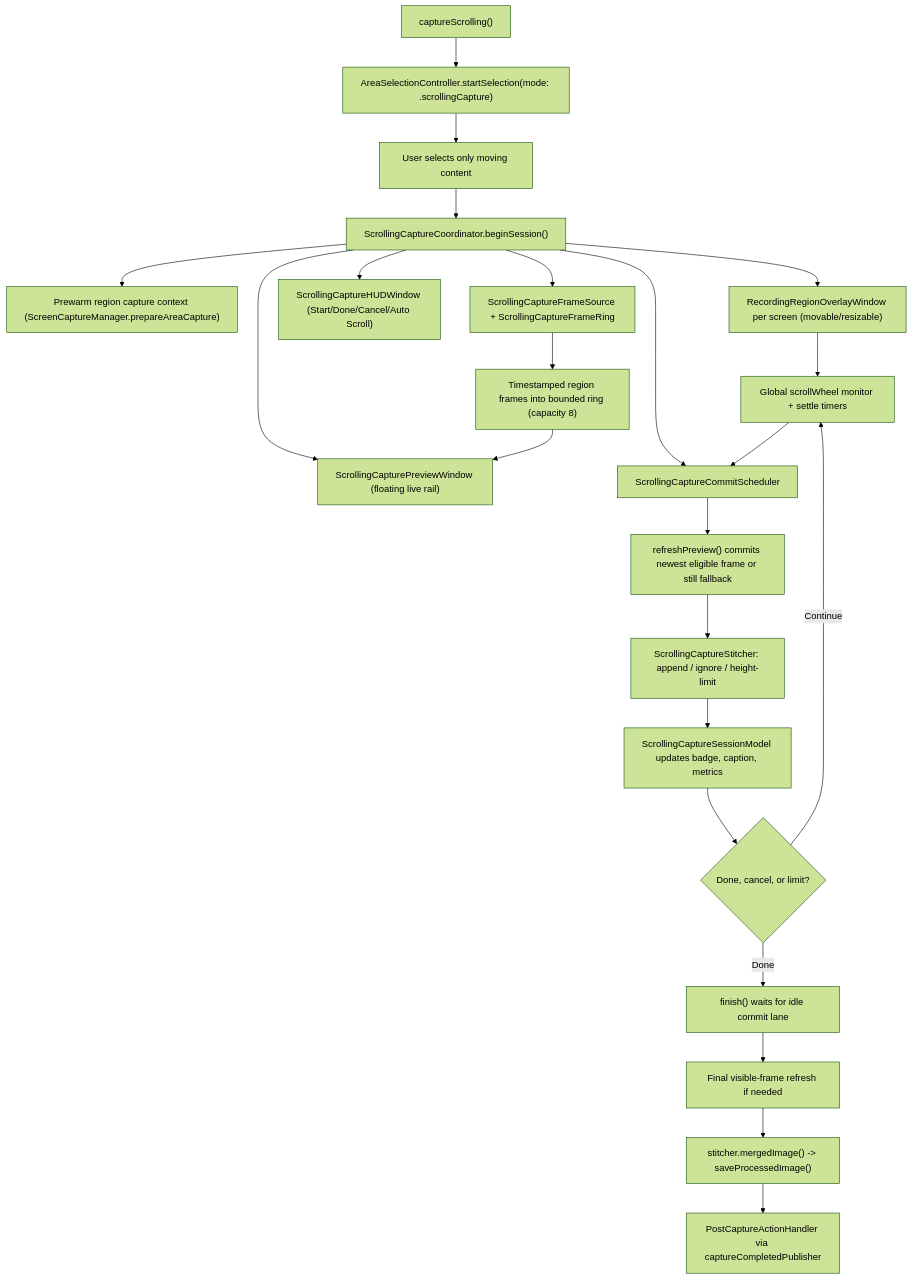
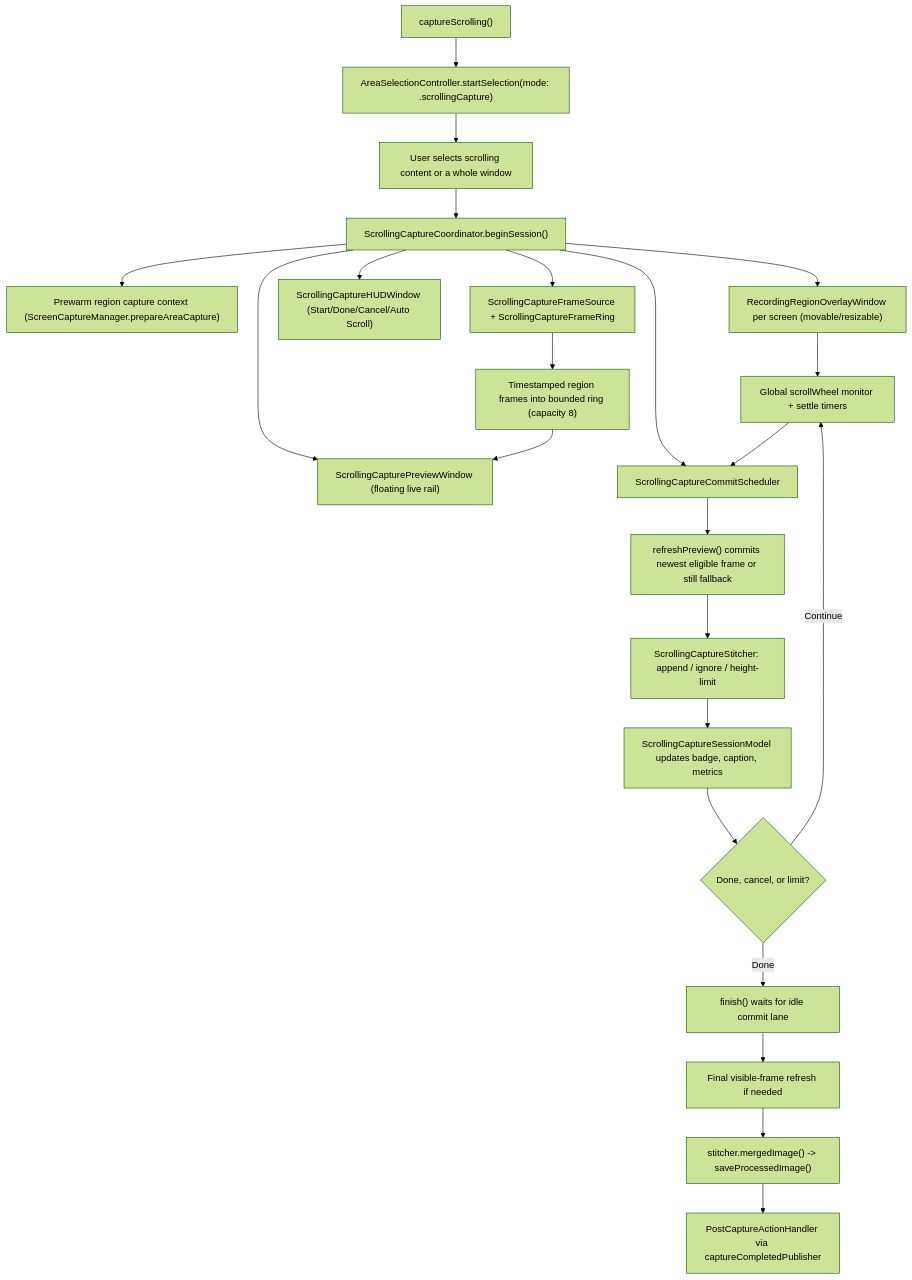
The diagram in docs/SCROLLING_CAPTURE.md (duongductrong/Snapzy), drawn with Mermaid (forest theme) before and after one commit. The commit also changed other lines of this file, not shown here.

Commit message:
docs(scrolling-capture): Describe chrome votes and edge-fade tail

````diff
--- a/docs/SCROLLING_CAPTURE.md
+++ b/docs/SCROLLING_CAPTURE.md
@@ -17,29 +17,29 @@
 ```mermaid
 flowchart TD
     A["captureScrolling()"] --> B["AreaSelectionController.startSelection(mode: .scrollingCapture)"]
-    B --> C["User selects only moving content"]
+    B --> C["User selects scrolling content or a whole window"]
     C --> D["ScrollingCaptureCoordinator.beginSession()"]
 
     D --> E["Prewarm region capture context (ScreenCaptureManager.prepareAreaCapture)"]
     D --> F["RecordingRegionOverlayWindow per screen (movable/resizable)"]
     D --> G["ScrollingCaptureHUDWindow (Start/Done/Cancel/Auto Scroll)"]
     D --> H["ScrollingCapturePreviewWindow (floating live rail)"]
     D --> I["ScrollingCaptureFrameSource + ScrollingCaptureFrameRing"]
     D --> J["ScrollingCaptureCommitScheduler"]
 
     I --> I1["Timestamped region frames into bounded ring (capacity 8)"]
     I1 --> H
 
     F --> K["Global scrollWheel monitor + settle timers"]
     K --> J
     J --> L["refreshPreview() commits newest eligible frame or still fallback"]
     L --> M["ScrollingCaptureStitcher: append / ignore / height-limit"]
     M --> N["ScrollingCaptureSessionModel updates badge, caption, metrics"]
 
     N --> O{"Done, cancel, or limit?"}
     O -->|Continue| K
     O -->|Done| P["finish() waits for idle commit lane"]
     P --> Q["Final visible-frame refresh if needed"]
     Q --> R["stitcher.mergedImage() -> saveProcessedImage()"]
     R --> S["PostCaptureActionHandler via captureCompletedPublisher"]
 ```
````
